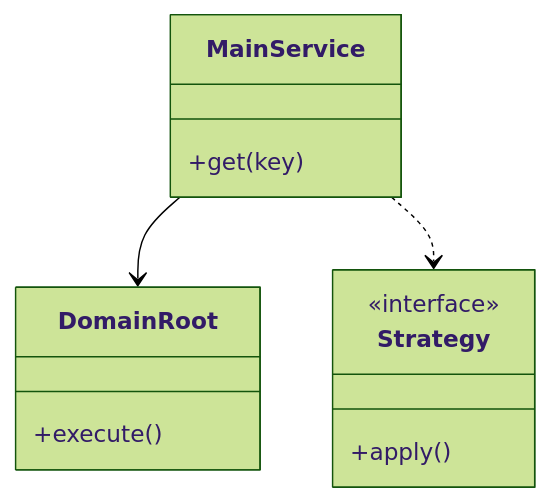
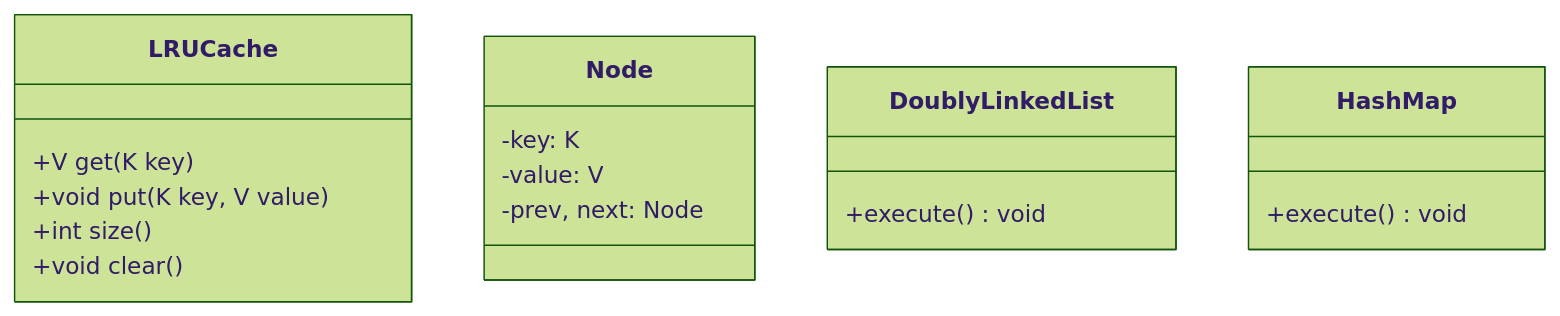
One commit to madhupaila/Interview-Prep-SSE changed the first of 3 diagrams in Learn/System Design - Low Level Design/02-classic-ood/questions/Q13-lru-cache.md. Above: the diagram before and after it, drawn with Mermaid (forest theme). The commit also changed other lines of this file and 491 other files, not shown here.

````diff
--- a/Learn/System Design - Low Level Design/02-classic-ood/questions/Q13-lru-cache.md
+++ b/Learn/System Design - Low Level Design/02-classic-ood/questions/Q13-lru-cache.md
@@ -73,15 +92,20 @@
 ```mermaid
 classDiagram
-    class MainService {
-        +get(key)
+    class LRUCache {
+        +V get(K key)
+        +void put(K key, V value)
+        +int size()
+        +void clear()
     }
-    class DomainRoot {
-        +execute()
+    class Node {
+        -key: K
+        -value: V
+        -prev, next: Node
     }
-    class Strategy {
-        <<interface>>
-        +apply()
+    class DoublyLinkedList {
+        +execute() void
     }
-    MainService --> DomainRoot
-    MainService ..> Strategy
+    class HashMap {
+        +execute() void
+    }
 ```
````
